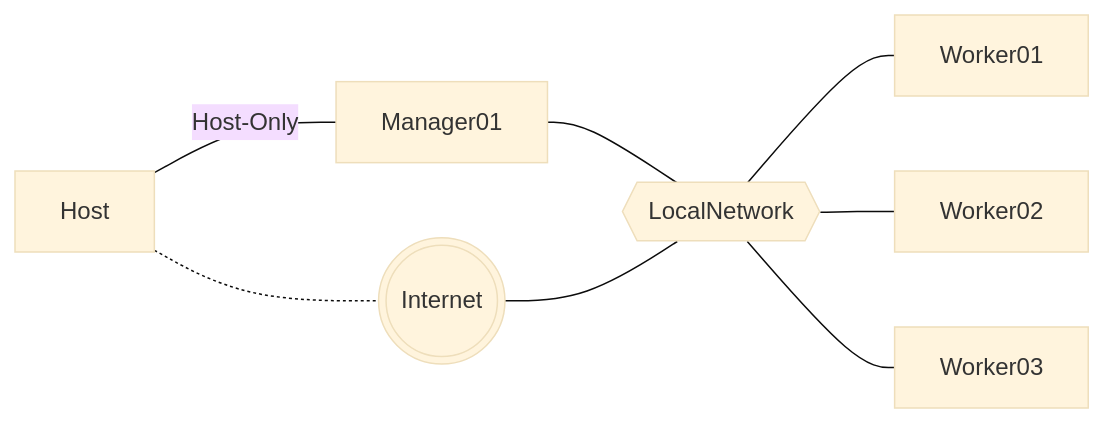
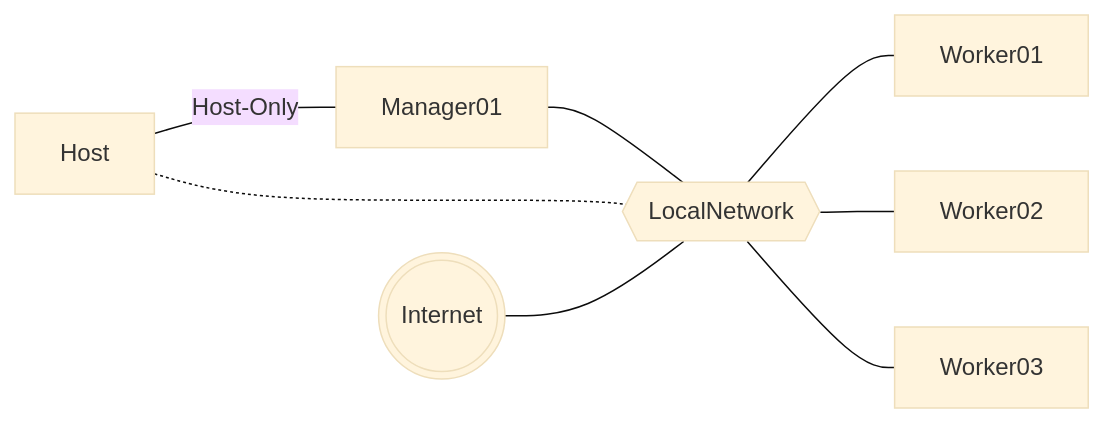
The diagram in K3SLite.md (pgaljan/snippets), drawn with Mermaid (base theme) before and after one commit.

````diff
--- a/K3SLite.md
+++ b/K3SLite.md
@@ -15,10 +15,10 @@
 ```mermaid
 flowchart LR;
     Host---|Host-Only|Manager01;
     Manager01---LocalNetwork{{LocalNetwork}}
     LocalNetwork---Worker01
     LocalNetwork---Worker02
     LocalNetwork---Worker03
+    Host -.- LocalNetwork
     Internet(((Internet)))---LocalNetwork
-    Host -.- Internet
 ```
````
